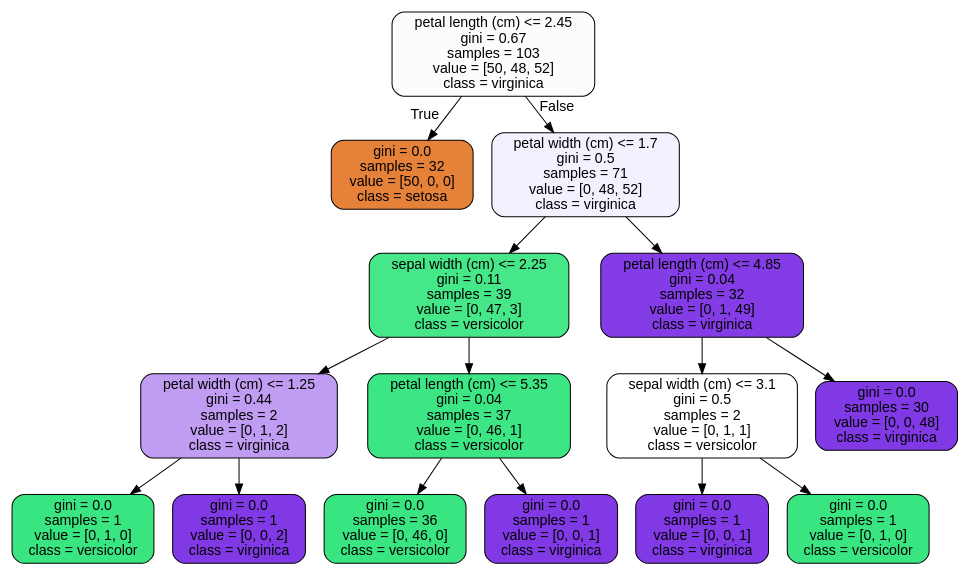
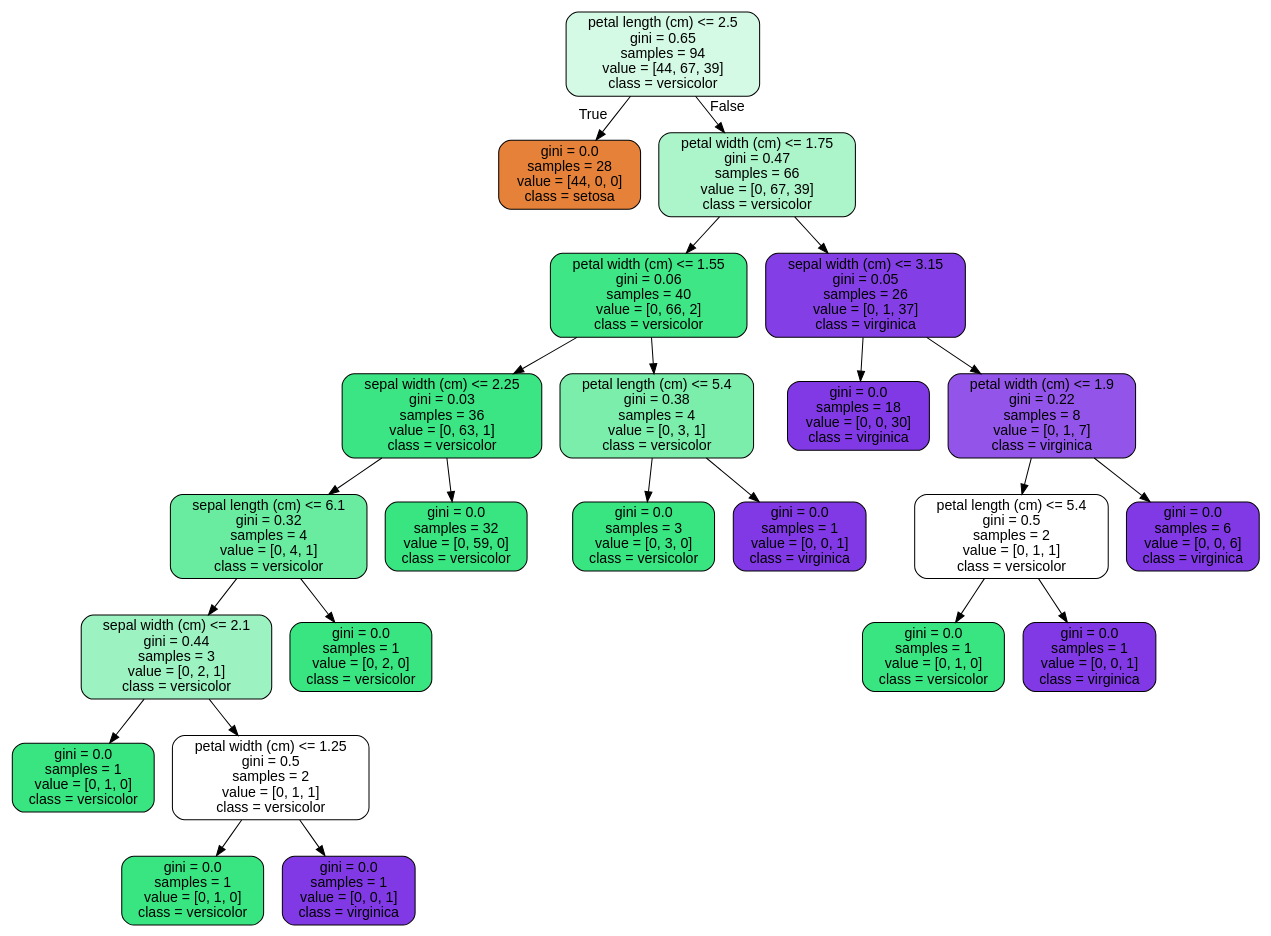
One commit to AaronCarney/Case-Study-Random-Forest changed the diagram in RandomForest_Covid_Case_Study/RandomForest Covid Case Study_06302020/tree.dot. Above: the diagram before and after it, drawn with Graphviz. The commit also changed 1 other file, not shown here.

```diff
--- a/RandomForest_Covid_Case_Study/RandomForest Covid Case Study_06302020/tree.dot
+++ b/RandomForest_Covid_Case_Study/RandomForest Covid Case Study_06302020/tree.dot
@@ -1,33 +1,49 @@
 digraph Tree {
 node [shape=box, style="filled, rounded", color="black", fontname=helvetica] ;
 edge [fontname=helvetica] ;
-0 [label="petal length (cm) <= 2.45\ngini = 0.67\nsamples = 103\nvalue = [50, 48, 52]\nclass = virginica", fillcolor="#fcfbfe"] ;
-1 [label="gini = 0.0\nsamples = 32\nvalue = [50, 0, 0]\nclass = setosa", fillcolor="#e58139"] ;
+0 [label="petal length (cm) <= 2.5\ngini = 0.65\nsamples = 94\nvalue = [44, 67, 39]\nclass = versicolor", fillcolor="#d4f9e4"] ;
+1 [label="gini = 0.0\nsamples = 28\nvalue = [44, 0, 0]\nclass = setosa", fillcolor="#e58139"] ;
 0 -> 1 [labeldistance=2.5, labelangle=45, headlabel="True"] ;
-2 [label="petal width (cm) <= 1.7\ngini = 0.5\nsamples = 71\nvalue = [0, 48, 52]\nclass = virginica", fillcolor="#f5f0fd"] ;
+2 [label="petal width (cm) <= 1.75\ngini = 0.47\nsamples = 66\nvalue = [0, 67, 39]\nclass = versicolor", fillcolor="#acf4ca"] ;
 0 -> 2 [labeldistance=2.5, labelangle=-45, headlabel="False"] ;
-3 [label="sepal width (cm) <= 2.25\ngini = 0.11\nsamples = 39\nvalue = [0, 47, 3]\nclass = versicolor", fillcolor="#46e789"] ;
+3 [label="petal width (cm) <= 1.55\ngini = 0.06\nsamples = 40\nvalue = [0, 66, 2]\nclass = versicolor", fillcolor="#3fe685"] ;
 2 -> 3 ;
-4 [label="petal width (cm) <= 1.25\ngini = 0.44\nsamples = 2\nvalue = [0, 1, 2]\nclass = virginica", fillcolor="#c09cf2"] ;
+4 [label="sepal width (cm) <= 2.25\ngini = 0.03\nsamples = 36\nvalue = [0, 63, 1]\nclass = versicolor", fillcolor="#3ce583"] ;
 3 -> 4 ;
-5 [label="gini = 0.0\nsamples = 1\nvalue = [0, 1, 0]\nclass = versicolor", fillcolor="#39e581"] ;
+5 [label="sepal length (cm) <= 6.1\ngini = 0.32\nsamples = 4\nvalue = [0, 4, 1]\nclass = versicolor", fillcolor="#6aeca0"] ;
 4 -> 5 ;
-6 [label="gini = 0.0\nsamples = 1\nvalue = [0, 0, 2]\nclass = virginica", fillcolor="#8139e5"] ;
-4 -> 6 ;
-7 [label="petal length (cm) <= 5.35\ngini = 0.04\nsamples = 37\nvalue = [0, 46, 1]\nclass = versicolor", fillcolor="#3de684"] ;
-3 -> 7 ;
-8 [label="gini = 0.0\nsamples = 36\nvalue = [0, 46, 0]\nclass = versicolor", fillcolor="#39e581"] ;
-7 -> 8 ;
-9 [label="gini = 0.0\nsamples = 1\nvalue = [0, 0, 1]\nclass = virginica", fillcolor="#8139e5"] ;
-7 -> 9 ;
-10 [label="petal length (cm) <= 4.85\ngini = 0.04\nsamples = 32\nvalue = [0, 1, 49]\nclass = virginica", fillcolor="#843de6"] ;
-2 -> 10 ;
-11 [label="sepal width (cm) <= 3.1\ngini = 0.5\nsamples = 2\nvalue = [0, 1, 1]\nclass = versicolor", fillcolor="#ffffff"] ;
-10 -> 11 ;
-12 [label="gini = 0.0\nsamples = 1\nvalue = [0, 0, 1]\nclass = virginica", fillcolor="#8139e5"] ;
-11 -> 12 ;
-13 [label="gini = 0.0\nsamples = 1\nvalue = [0, 1, 0]\nclass = versicolor", fillcolor="#39e581"] ;
-11 -> 13 ;
-14 [label="gini = 0.0\nsamples = 30\nvalue = [0, 0, 48]\nclass = virginica", fillcolor="#8139e5"] ;
-10 -> 14 ;
+6 [label="sepal width (cm) <= 2.1\ngini = 0.44\nsamples = 3\nvalue = [0, 2, 1]\nclass = versicolor", fillcolor="#9cf2c0"] ;
+5 -> 6 ;
+7 [label="gini = 0.0\nsamples = 1\nvalue = [0, 1, 0]\nclass = versicolor", fillcolor="#39e581"] ;
+6 -> 7 ;
+8 [label="petal width (cm) <= 1.25\ngini = 0.5\nsamples = 2\nvalue = [0, 1, 1]\nclass = versicolor", fillcolor="#ffffff"] ;
+6 -> 8 ;
+9 [label="gini = 0.0\nsamples = 1\nvalue = [0, 1, 0]\nclass = versicolor", fillcolor="#39e581"] ;
+8 -> 9 ;
+10 [label="gini = 0.0\nsamples = 1\nvalue = [0, 0, 1]\nclass = virginica", fillcolor="#8139e5"] ;
+8 -> 10 ;
+11 [label="gini = 0.0\nsamples = 1\nvalue = [0, 2, 0]\nclass = versicolor", fillcolor="#39e581"] ;
+5 -> 11 ;
+12 [label="gini = 0.0\nsamples = 32\nvalue = [0, 59, 0]\nclass = versicolor", fillcolor="#39e581"] ;
+4 -> 12 ;
+13 [label="petal length (cm) <= 5.4\ngini = 0.38\nsamples = 4\nvalue = [0, 3, 1]\nclass = versicolor", fillcolor="#7beeab"] ;
+3 -> 13 ;
+14 [label="gini = 0.0\nsamples = 3\nvalue = [0, 3, 0]\nclass = versicolor", fillcolor="#39e581"] ;
+13 -> 14 ;
+15 [label="gini = 0.0\nsamples = 1\nvalue = [0, 0, 1]\nclass = virginica", fillcolor="#8139e5"] ;
+13 -> 15 ;
+16 [label="sepal width (cm) <= 3.15\ngini = 0.05\nsamples = 26\nvalue = [0, 1, 37]\nclass = virginica", fillcolor="#843ee6"] ;
+2 -> 16 ;
+17 [label="gini = 0.0\nsamples = 18\nvalue = [0, 0, 30]\nclass = virginica", fillcolor="#8139e5"] ;
+16 -> 17 ;
+18 [label="petal width (cm) <= 1.9\ngini = 0.22\nsamples = 8\nvalue = [0, 1, 7]\nclass = virginica", fillcolor="#9355e9"] ;
+16 -> 18 ;
+19 [label="petal length (cm) <= 5.4\ngini = 0.5\nsamples = 2\nvalue = [0, 1, 1]\nclass = versicolor", fillcolor="#ffffff"] ;
+18 -> 19 ;
+20 [label="gini = 0.0\nsamples = 1\nvalue = [0, 1, 0]\nclass = versicolor", fillcolor="#39e581"] ;
+19 -> 20 ;
+21 [label="gini = 0.0\nsamples = 1\nvalue = [0, 0, 1]\nclass = virginica", fillcolor="#8139e5"] ;
+19 -> 21 ;
+22 [label="gini = 0.0\nsamples = 6\nvalue = [0, 0, 6]\nclass = virginica", fillcolor="#8139e5"] ;
+18 -> 22 ;
 }
```
